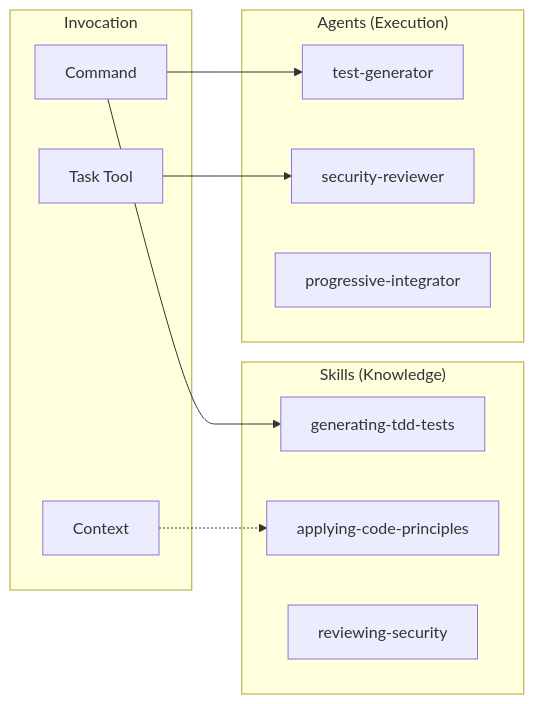
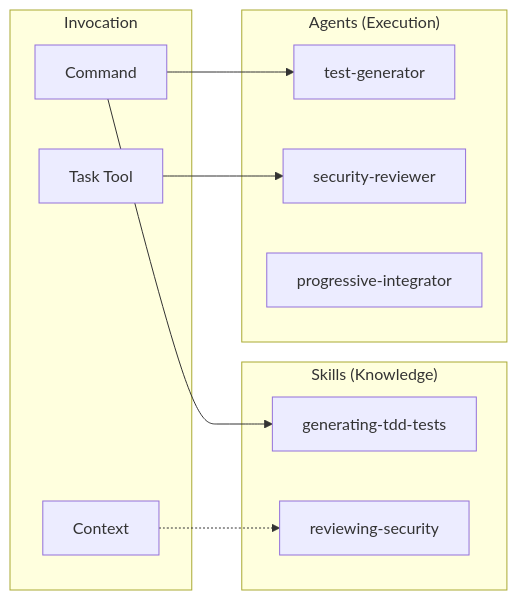
One commit to thkt/dotclaude changed the first of 2 diagrams in docs/SKILLS_AGENTS.md. Above: the diagram before and after it, drawn with Mermaid. The commit also changed other lines of this file and 61 other files, not shown here.

````diff
--- a/docs/SKILLS_AGENTS.md
+++ b/docs/SKILLS_AGENTS.md
@@ -9,21 +9,20 @@
 ```mermaid
 graph LR
     subgraph Skills["Skills (Knowledge)"]
         S1[generating-tdd-tests]
-        S2[applying-code-principles]
-        S3[reviewing-security]
+        S2[reviewing-security]
     end
 
     subgraph Agents["Agents (Execution)"]
         A1[test-generator]
         A2[security-reviewer]
         A3[progressive-integrator]
     end
 
     subgraph Trigger["Invocation"]
         CMD[Command] --> S1
         CMD --> A1
         CTX[Context] -.-> S2
         TASK[Task Tool] --> A2
     end
 ```
````
